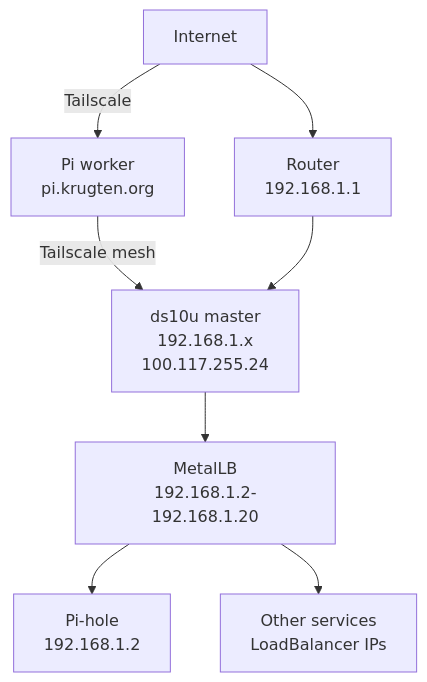
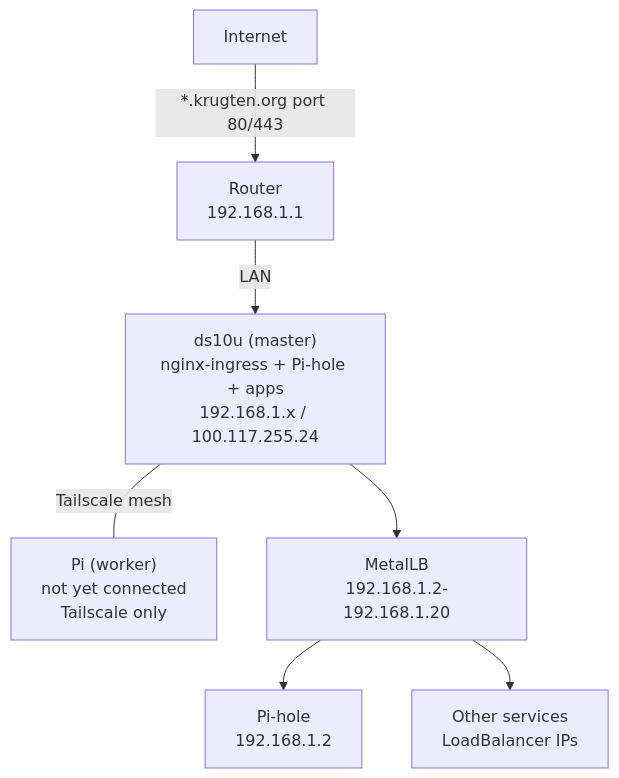
One commit to zepzeper/ansible changed the diagram in docs/Home.md. Above: the diagram before and after it, drawn with Mermaid. The commit also changed 5 other files, not shown here.

````diff
--- a/docs/Home.md
+++ b/docs/Home.md
@@ -14,18 +14,17 @@
 ```mermaid
 flowchart TD
     Internet[Internet]
-    Pi[Pi worker<br/>pi.krugten.org]
     Router[Router<br/>192.168.1.1]
-    DS10U[ds10u master<br/>192.168.1.x<br/>100.117.255.24]
+    DS10U["ds10u (master)<br/>nginx-ingress + Pi-hole + apps<br/>192.168.1.x / 100.117.255.24"]
+    Pi["Pi (worker)<br/>not yet connected<br/>Tailscale only"]
     MetalLB[MetalLB<br/>192.168.1.2-192.168.1.20]
     Pihole[Pi-hole<br/>192.168.1.2]
     Others[Other services<br/>LoadBalancer IPs]
 
-    Internet -->|Tailscale| Pi
-    Internet --> Router
-    Pi -->|Tailscale mesh| DS10U
-    Router --> DS10U
+    Internet -->|"*.krugten.org port 80/443"| Router
+    Router -->|LAN| DS10U
     DS10U --> MetalLB
     MetalLB --> Pihole
     MetalLB --> Others
+    DS10U ---|Tailscale mesh| Pi
 ```
````
